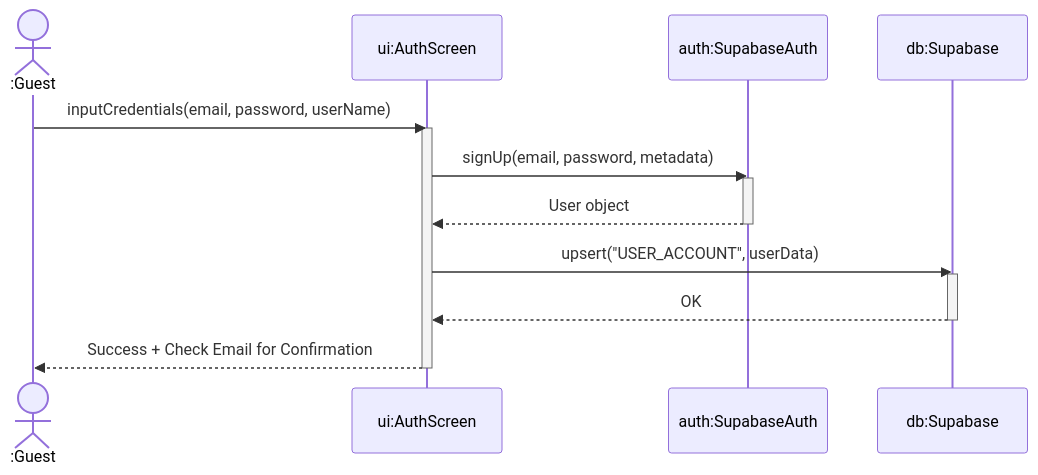
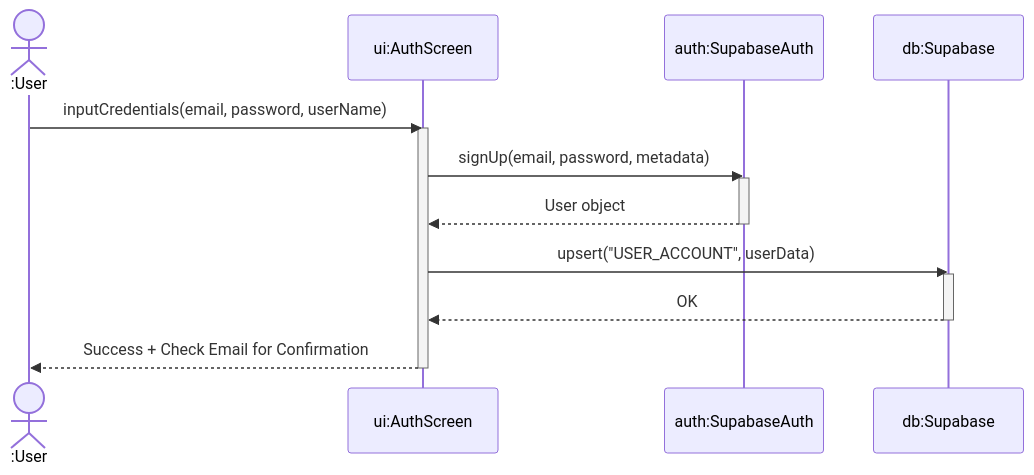
One commit to dvydinh/mechdrive changed the second of 4 diagrams in docs/uml/4_Sequence_Diagrams.md. Above: the diagram before and after it, drawn with Mermaid. The commit also changed other lines of this file and 2 other files, not shown here.

````diff
--- a/docs/uml/4_Sequence_Diagrams.md
+++ b/docs/uml/4_Sequence_Diagrams.md
@@ -53,24 +53,24 @@
 ```mermaid
 %%{init: {'theme': 'default', 'themeVariables': {'background': '#ffffff'}}}%%
 sequenceDiagram
-    actor Guest as :Guest
+    actor User as :User
     participant UI as ui:AuthScreen
     participant Auth as auth:SupabaseAuth
     participant DB as db:Supabase
 
-    Guest->>UI: inputCredentials(email, password, userName)
+    User->>UI: inputCredentials(email, password, userName)
     activate UI
     
     UI->>Auth: signUp(email, password, metadata)
     activate Auth
     Auth-->>UI: User object
     deactivate Auth
     
     UI->>DB: upsert("USER_ACCOUNT", userData)
     activate DB
     DB-->>UI: OK
     deactivate DB
     
-    UI-->>Guest: Success + Check Email for Confirmation
+    UI-->>User: Success + Check Email for Confirmation
     deactivate UI
 ```
````
